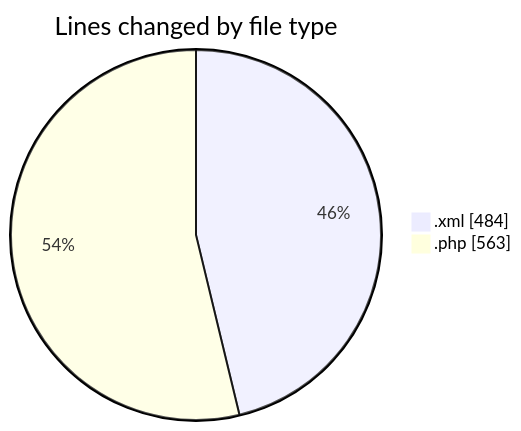
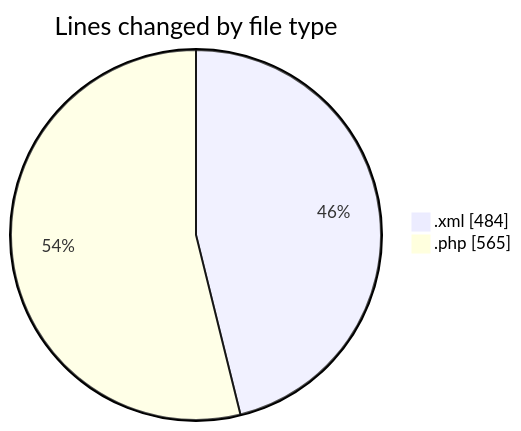
Before and after one commit to vahidmafi/code-tracking: the first of 2 diagrams in 2025-04-24/zeytoon/README.md, drawn with Mermaid. The commit also changed other lines of this file and 1 other file, not shown here.

````diff
--- a/2025-04-24/zeytoon/README.md
+++ b/2025-04-24/zeytoon/README.md
@@ -21,6 +21,6 @@
 ```mermaid
 pie showData
 title Lines changed by file type
 ".xml" : 484
-".php" : 563
+".php" : 565
 ```
````
